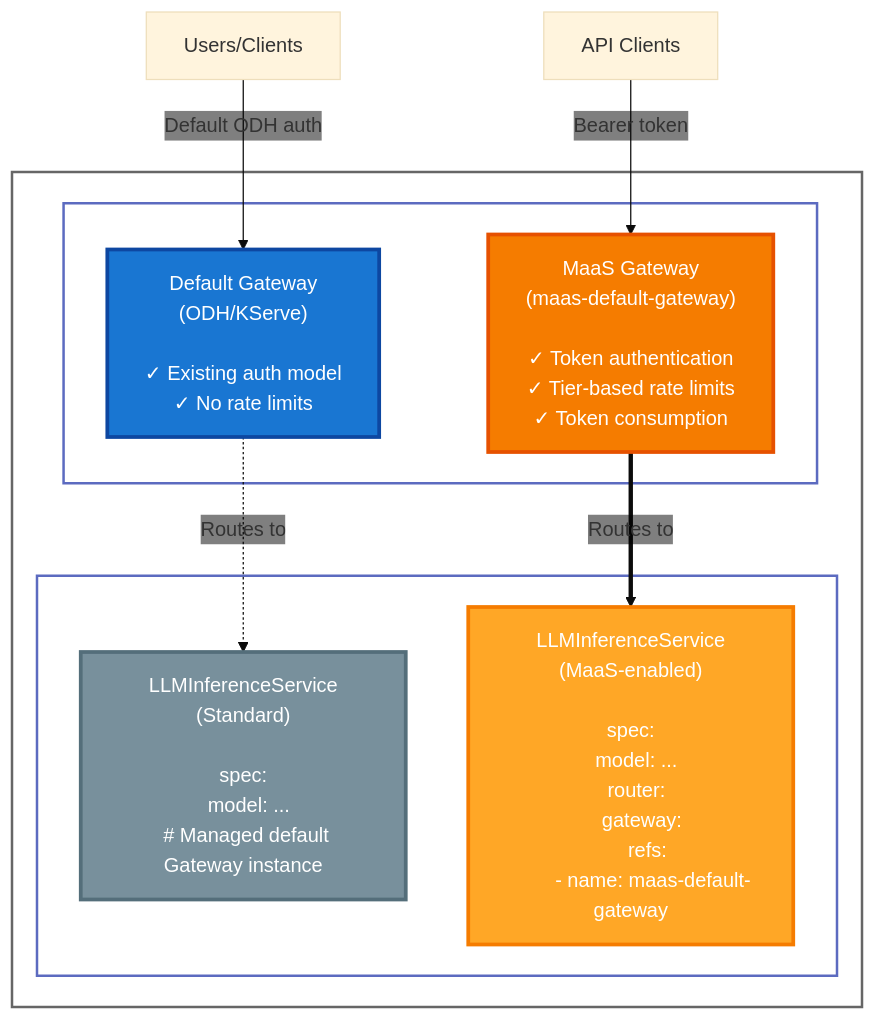
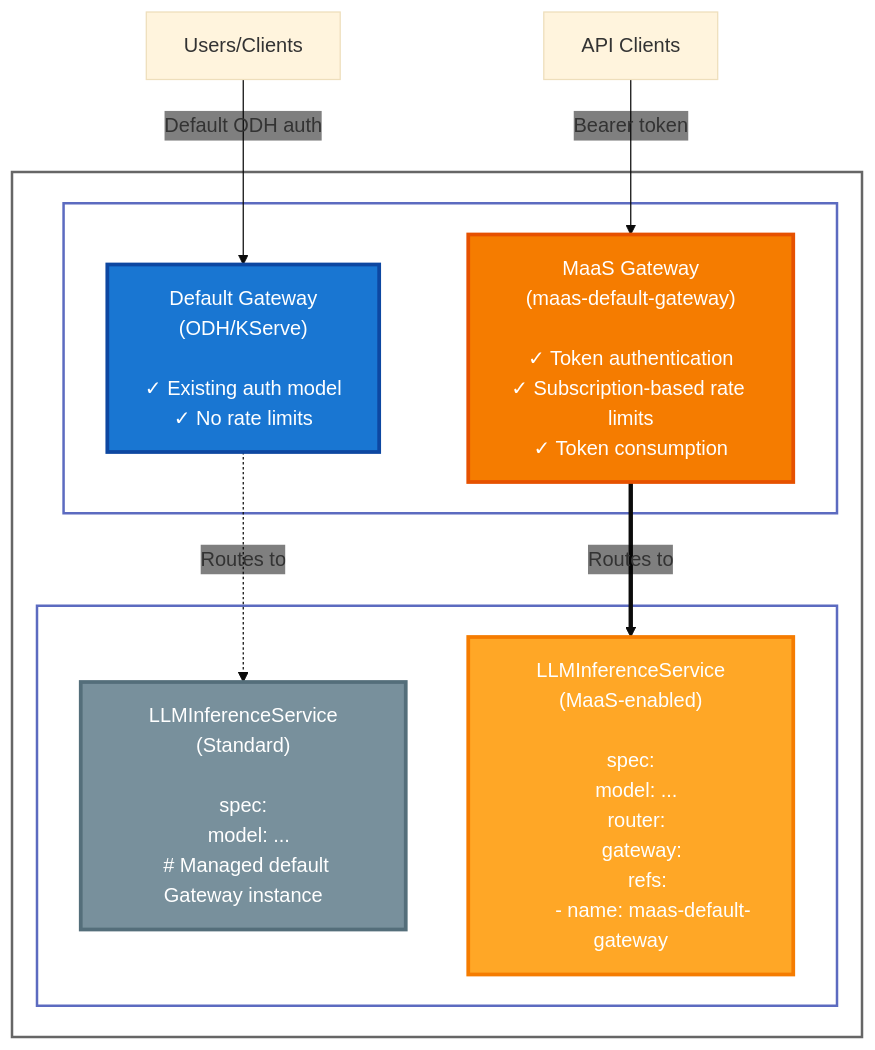
One commit to SB159/maas-billing changed the diagram in docs/content/configuration-and-management/model-setup.md. Above: the diagram before and after it, drawn with Mermaid. The commit also changed other lines of this file and 55 other files, not shown here.

````diff
--- a/docs/content/configuration-and-management/model-setup.md
+++ b/docs/content/configuration-and-management/model-setup.md
@@ -18,29 +36,29 @@
 ```mermaid
 %%{init: {'theme':'base', 'themeVariables': { 'fontSize':'16px', 'fontFamily':'system-ui, -apple-system, sans-serif', 'edgeLabelBackground':'transparent', 'labelBackground':'transparent', 'tertiaryColor':'transparent'}}}%%
 graph TB
     subgraph cluster["OpenShift/K8s Cluster"]
         subgraph gateways["Gateway Layer"]
             defaultGW["Default Gateway<br/>(ODH/KServe)<br/><br/>✓ Existing auth model<br/>✓ No rate limits<br/>"]
-            maasGW["MaaS Gateway<br/>(maas-default-gateway)<br/><br/>✓ Token authentication<br/>✓ Tier-based rate limits<br/>✓ Token consumption "]
+            maasGW["MaaS Gateway<br/>(maas-default-gateway)<br/><br/>✓ Token authentication<br/>✓ Subscription-based rate limits<br/>✓ Token consumption "]
         end
 
         subgraph models["Model Deployments"]
             standardModel["LLMInferenceService<br/>(Standard)<br/><br/>spec:<br/>  model: ...<br/>  # Managed default Gateway instance"]
             maasModel["LLMInferenceService<br/>(MaaS-enabled)<br/><br/>spec:<br/>  model: ...<br/>  router:<br/>    gateway:<br/>      refs:<br/>        - name: maas-default-gateway"]
         end
 
         defaultGW -.->|Routes to| standardModel
         maasGW ==>|Routes to| maasModel
     end
 
     users["Users/Clients"] -->|Default ODH auth| defaultGW
     apiUsers["API Clients"] -->|Bearer token| maasGW
 
     style defaultGW fill:#1976d2,stroke:#0d47a1,stroke-width:3px,color:#fff
     style maasGW fill:#f57c00,stroke:#e65100,stroke-width:3px,color:#fff
     style standardModel fill:#78909c,stroke:#546e7a,stroke-width:3px,color:#fff
     style maasModel fill:#ffa726,stroke:#f57c00,stroke-width:3px,color:#fff
     style cluster fill:none,stroke:#666,stroke-width:2px
     style gateways fill:none,stroke:#5c6bc0,stroke-width:2px
     style models fill:none,stroke:#5c6bc0,stroke-width:2px
 ```
````
